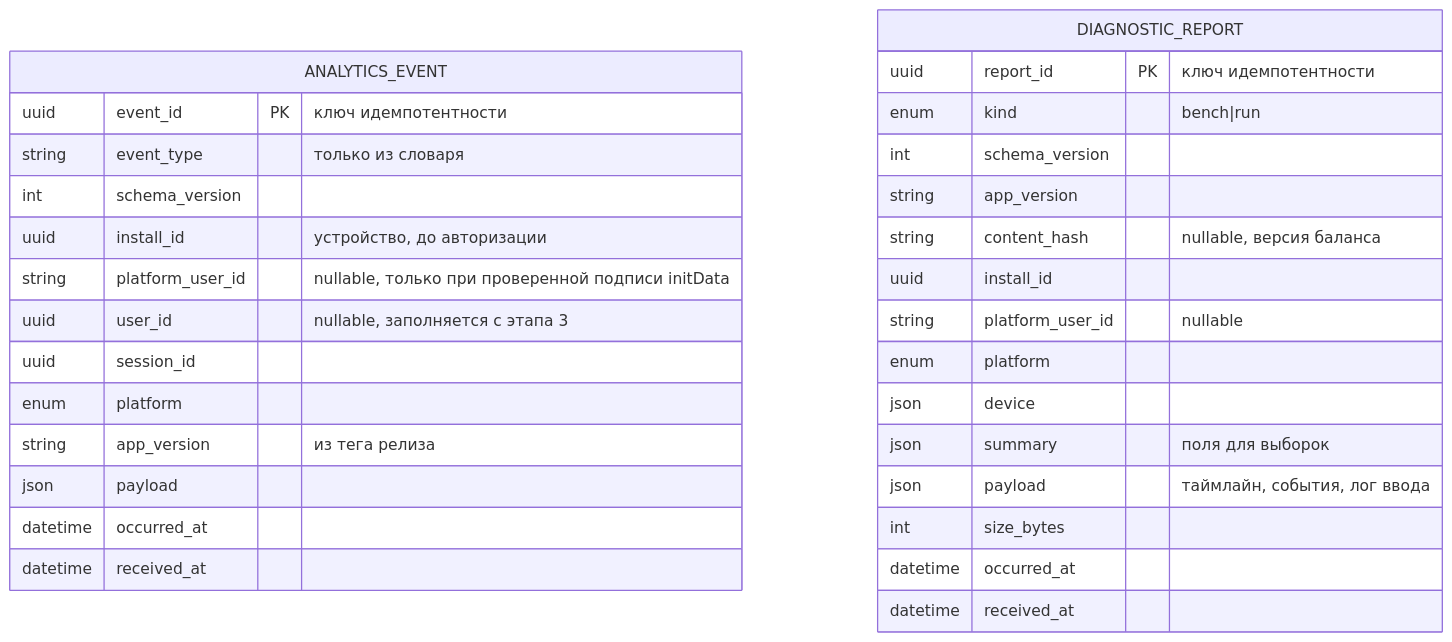
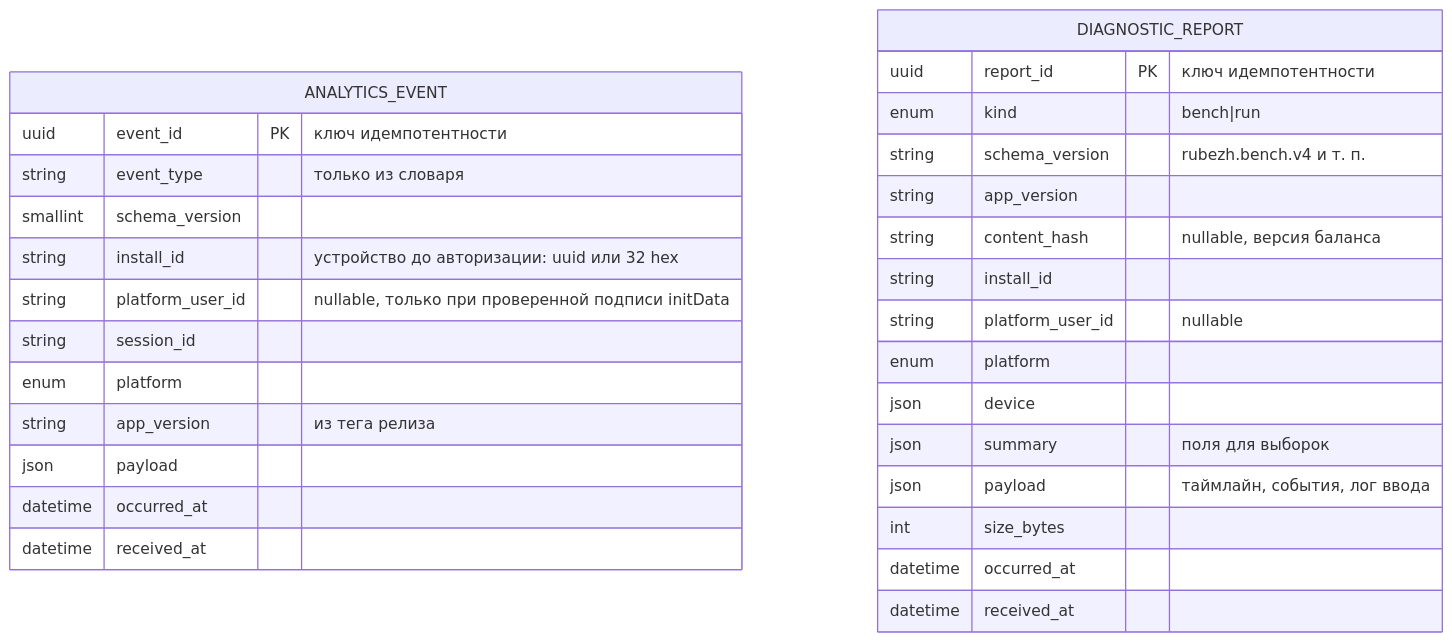
The fourth of 20 diagrams in docs/21-diagrams.md (JJSGxKD/rubezh), drawn with Mermaid before and after one commit. The commit also changed other lines of this file and 15 other files, not shown here.

````diff
--- a/docs/21-diagrams.md
+++ b/docs/21-diagrams.md
@@ -295,34 +295,33 @@
 ```mermaid
 erDiagram
     ANALYTICS_EVENT {
         uuid event_id PK "ключ идемпотентности"
         string event_type "только из словаря"
-        int schema_version
-        uuid install_id "устройство, до авторизации"
+        smallint schema_version
+        string install_id "устройство до авторизации: uuid или 32 hex"
         string platform_user_id "nullable, только при проверенной подписи initData"
-        uuid user_id "nullable, заполняется с этапа 3"
-        uuid session_id
+        string session_id
         enum platform
         string app_version "из тега релиза"
         json payload
         datetime occurred_at
         datetime received_at
     }
 
     DIAGNOSTIC_REPORT {
         uuid report_id PK "ключ идемпотентности"
         enum kind "bench|run"
-        int schema_version
+        string schema_version "rubezh.bench.v4 и т. п."
         string app_version
         string content_hash "nullable, версия баланса"
-        uuid install_id
+        string install_id
         string platform_user_id "nullable"
         enum platform
         json device
         json summary "поля для выборок"
         json payload "таймлайн, события, лог ввода"
         int size_bytes
         datetime occurred_at
         datetime received_at
     }
 ```
````
